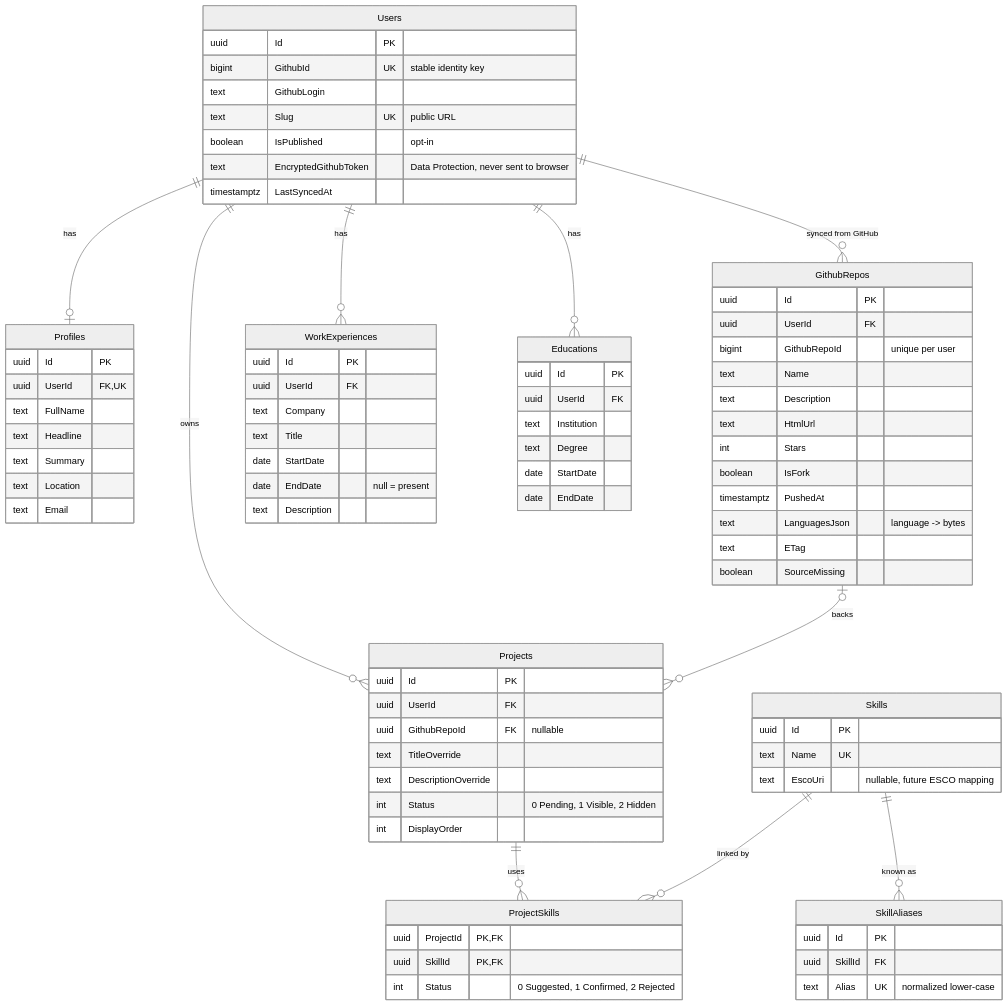
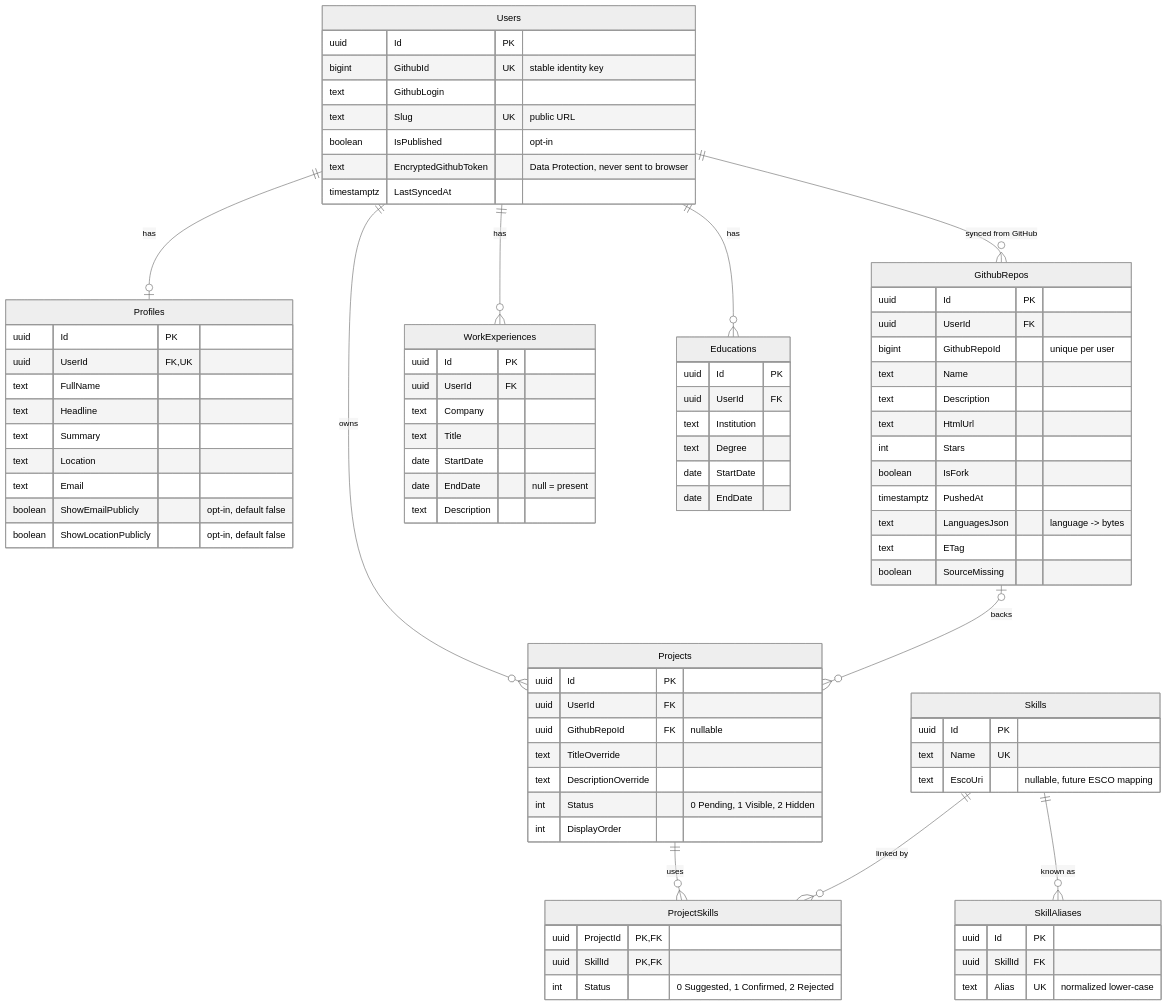
Before and after one commit to StanimirRaykov/DevSheet: the diagram in docs/DATABASE.md, drawn with Mermaid (neutral theme). The commit also changed other lines of this file and 20 other files, not shown here.

```diff
--- a/docs/DATABASE.md
+++ b/docs/DATABASE.md
@@ -43,6 +43,8 @@
         text Summary
         text Location
         text Email
+        boolean ShowEmailPublicly "opt-in, default false"
+        boolean ShowLocationPublicly "opt-in, default false"
     }
     GithubRepos {
         uuid Id PK
```
